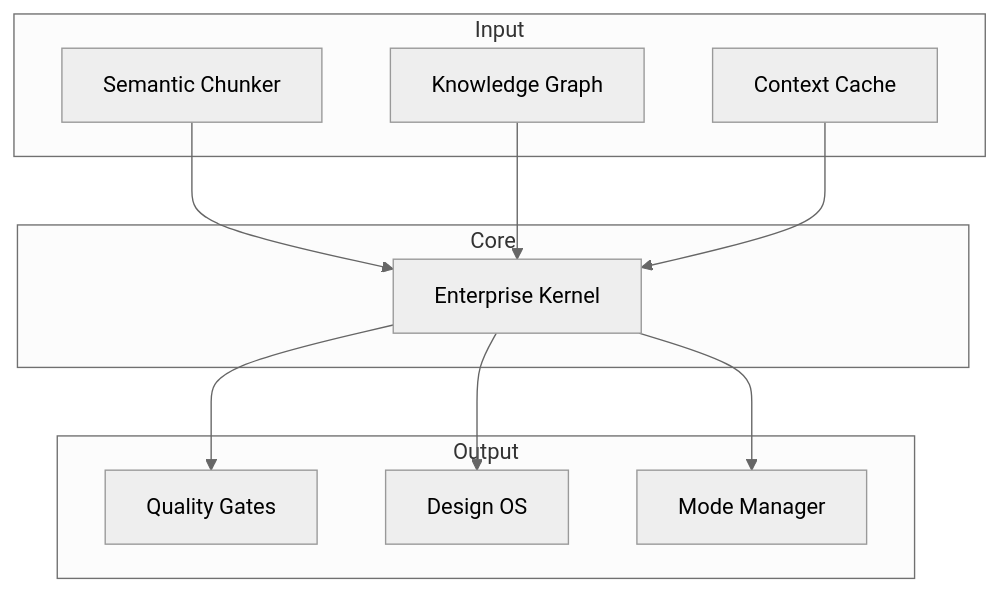
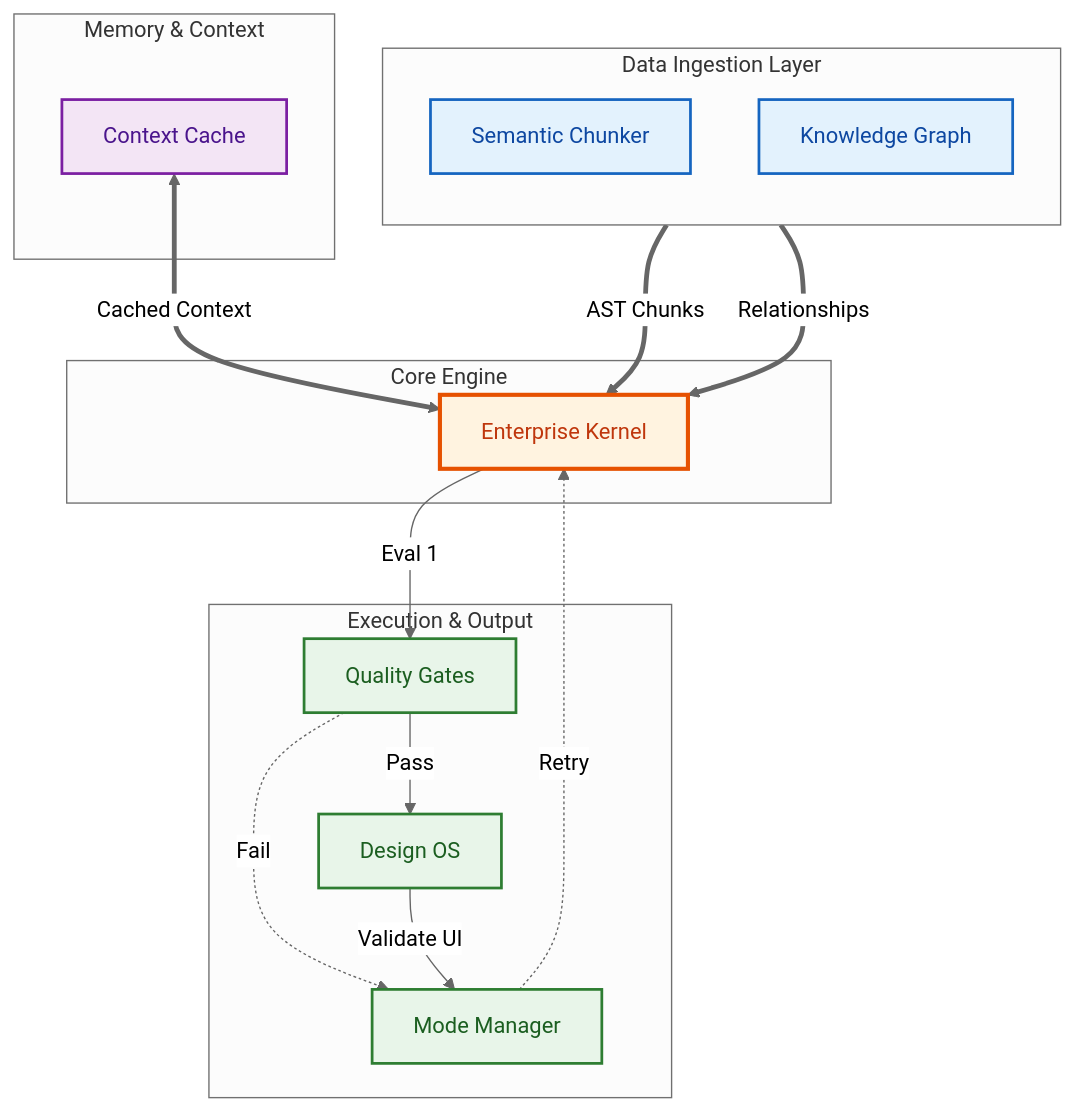
One commit to Verridian-ai/RLM-CLAUDE-CODE-DESIGNER changed the diagram in wiki/Architecture.md. Above: the diagram before and after it, drawn with Mermaid (neutral theme). The commit also changed 2 other files, not shown here.

Commit message:
Docs: Upgrade to advanced colorful Mermaid diagrams

````diff
--- a/wiki/Architecture.md
+++ b/wiki/Architecture.md
@@ -5,26 +5,43 @@
 ```mermaid
 graph TD
-    subgraph Input
-    SC[Semantic Chunker]
-    KG[Knowledge Graph]
-    CC[Context Cache]
+    %% Styling
+    classDef input fill:#e3f2fd,stroke:#1565c0,stroke-width:2px,color:#0d47a1
+    classDef core fill:#fff3e0,stroke:#e65100,stroke-width:3px,color:#bf360c
+    classDef output fill:#e8f5e9,stroke:#2e7d32,stroke-width:2px,color:#1b5e20
+    classDef cache fill:#f3e5f5,stroke:#7b1fa2,stroke-width:2px,color:#4a148c
+    
+    subgraph Data_Ingestion ["Data Ingestion Layer"]
+        direction TB
+        SC[Semantic Chunker]:::input
+        KG[Knowledge Graph]:::input
     end
 
-    subgraph Core
-    EK[Enterprise Kernel]
+    subgraph Memory ["Memory & Context"]
+        CC[Context Cache]:::cache
+        
     end
 
-    subgraph Output
-    QG[Quality Gates]
-    DOS[Design OS]
-    MM[Mode Manager]
+    subgraph Engine ["Core Engine"]
+        EK[Enterprise Kernel]:::core
     end
 
-    SC --> EK
-    KG --> EK
-    CC --> EK
+    subgraph Execution ["Execution & Output"]
+        QG[Quality Gates]:::output
+        DOS[Design OS]:::output
+        MM[Mode Manager]:::output
+    end
+
+    %% Data Flow
+    SC ==>|AST Chunks| EK
+    KG ==>|Relationships| EK
+    CC <==>|Cached Context| EK
     
-    EK --> QG
-    EK --> DOS
-    EK --> MM
+    %% Control Flow
+    EK -->|Eval 1| QG
+    QG -->|Pass| DOS
+    QG -.->|Fail| MM
+    DOS -->|Validate UI| MM
+    
+    %% Feedback
+    MM -.->|Retry| EK
 ```
````
